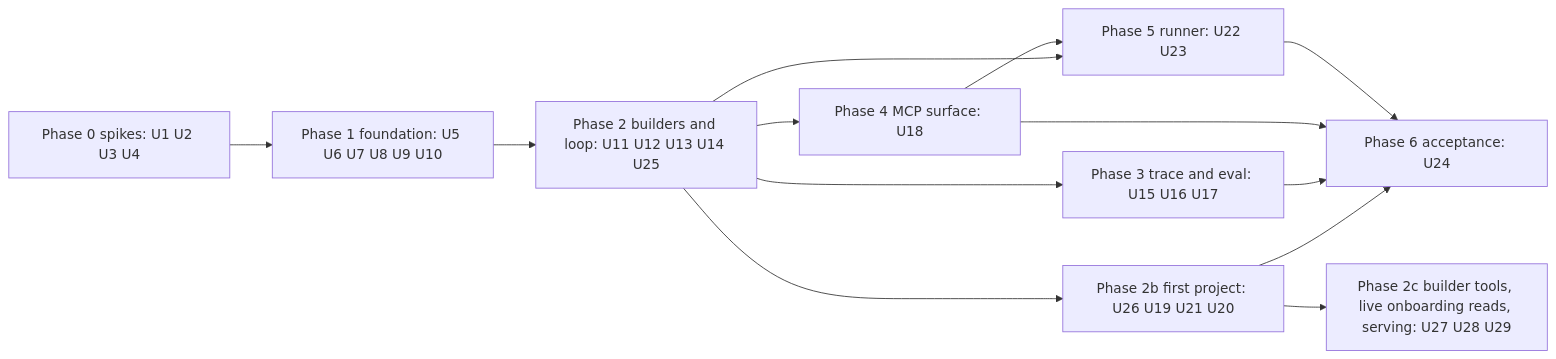
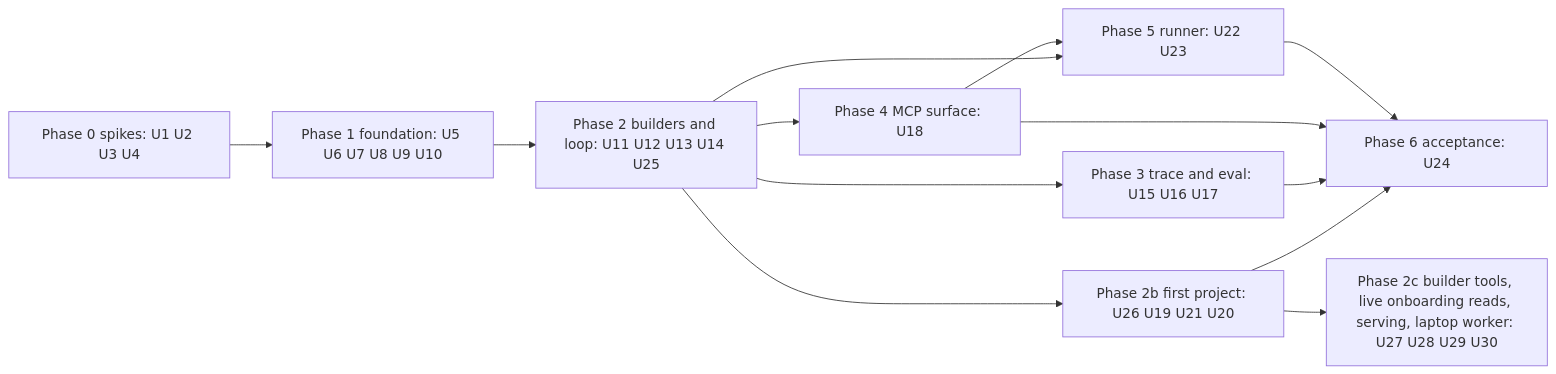
The sixth of 6 diagrams in docs/plans/2026-10-14-1730-feat-slipway-first-version-plan.md (philgutowski/Phactory), drawn with Mermaid before and after one commit. The commit also changed other lines of this file and 1 other file, not shown here.

First line of the commit message:
Plan U30, the laptop worker's entry point, and let Integra build on the VPS (#107)

````diff
--- a/docs/plans/2026-10-14-1730-feat-slipway-first-version-plan.md
+++ b/docs/plans/2026-10-14-1730-feat-slipway-first-version-plan.md
@@ -608,15 +612,15 @@
 ```mermaid
 flowchart LR
   P0[Phase 0 spikes: U1 U2 U3 U4] --> P1[Phase 1 foundation: U5 U6 U7 U8 U9 U10]
   P1 --> P2[Phase 2 builders and loop: U11 U12 U13 U14 U25]
   P2 --> P3[Phase 3 trace and eval: U15 U16 U17]
   P2 --> P4[Phase 4 MCP surface: U18]
   P2 --> P5[Phase 5 runner: U22 U23]
   P4 --> P5
   P2 --> P7[Phase 2b first project: U26 U19 U21 U20]
-  P7 --> P8[Phase 2c builder tools, live onboarding reads, serving: U27 U28 U29]
+  P7 --> P8[Phase 2c builder tools, live onboarding reads, serving, laptop worker: U27 U28 U29 U30]
   P7 --> P6
   P3 --> P6[Phase 6 acceptance: U24]
   P4 --> P6
   P5 --> P6
 ```
````
